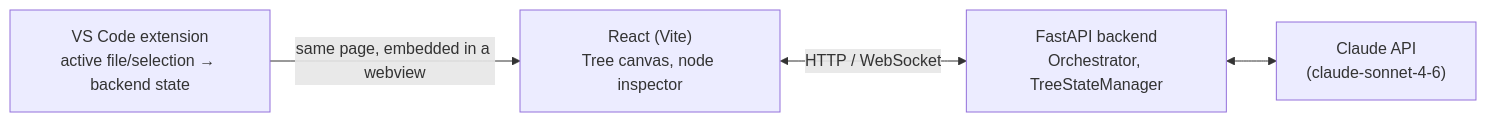
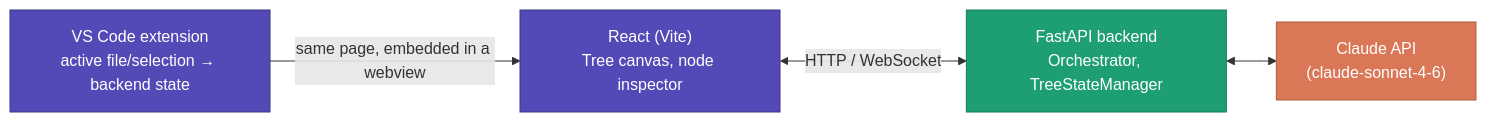
Before and after one commit to Dishti-Oberai/branch-out: the diagram in README.md, drawn with Mermaid.

Commit message:
Add colour to architecture diagram

````diff
--- a/README.md
+++ b/README.md
@@ -76,11 +76,19 @@
 ```mermaid
 flowchart LR
     FE["React (Vite)<br/>Tree canvas, node inspector"]
     BE["FastAPI backend<br/>Orchestrator, TreeStateManager"]
     API["Claude API<br/>(claude-sonnet-4-6)"]
     VSC["VS Code extension<br/>active file/selection → backend state"]
 
     FE <-->|HTTP / WebSocket| BE
     BE <--> API
     VSC -->|same page, embedded in a webview| FE
+
+    classDef frontend fill:#534AB7,stroke:#3d3685,color:#fff
+    classDef backend fill:#1D9E75,stroke:#157a5b,color:#fff
+    classDef external fill:#D97757,stroke:#b35c3f,color:#fff
+
+    class FE,VSC frontend
+    class BE backend
+    class API external
 ```
````
